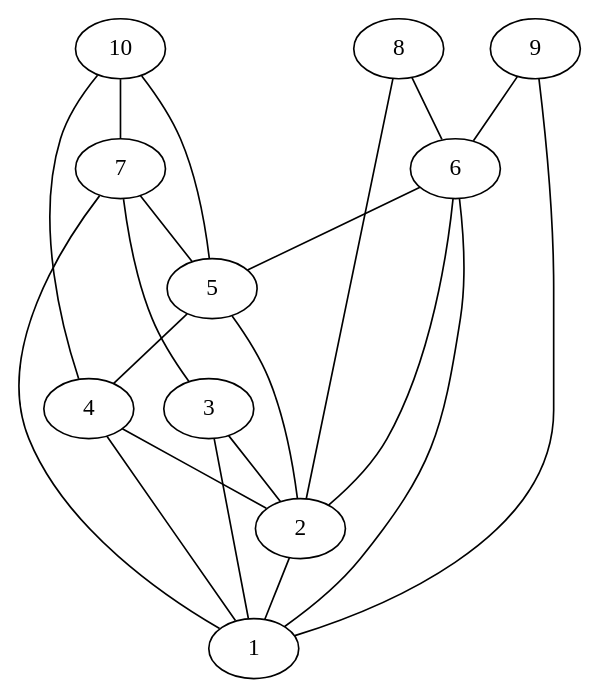
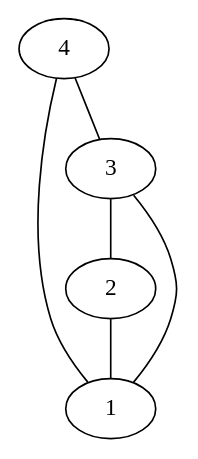
One commit to muellertobias/BaseNodes changed the diagram in graph.gv. Above: the diagram before and after it, drawn with Graphviz. The commit also changed 5 other files, not shown here.

```diff
--- a/graph.gv
+++ b/graph.gv
@@ -1,22 +1,7 @@
 graph G {
 2 -- 1;
 3 -- 1;
 3 -- 2;
+4 -- 3;
 4 -- 1;
-4 -- 2;
-5 -- 2;
-5 -- 4;
-6 -- 5;
-6 -- 1;
-6 -- 2;
-7 -- 1;
-7 -- 3;
-7 -- 5;
-8 -- 6;
-8 -- 2;
-9 -- 1;
-9 -- 6;
-10 -- 7;
-10 -- 5;
-10 -- 4;
 }
```
